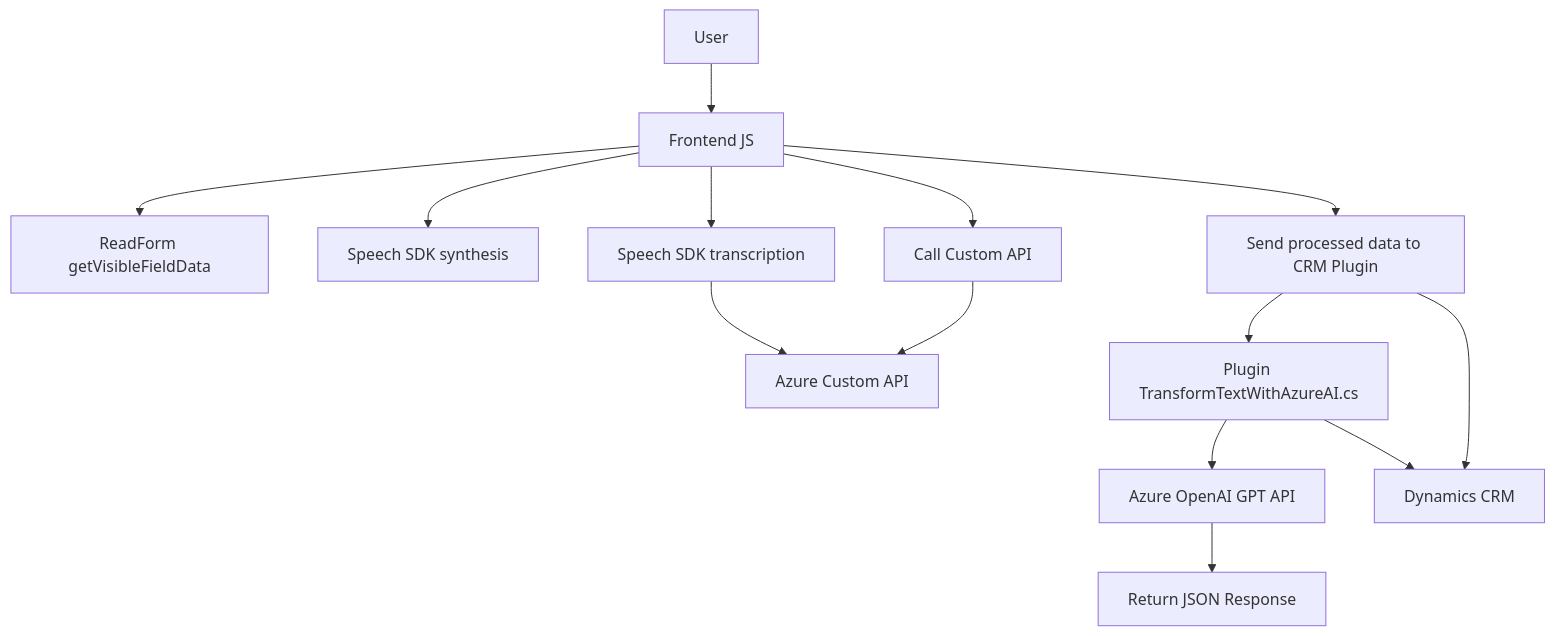
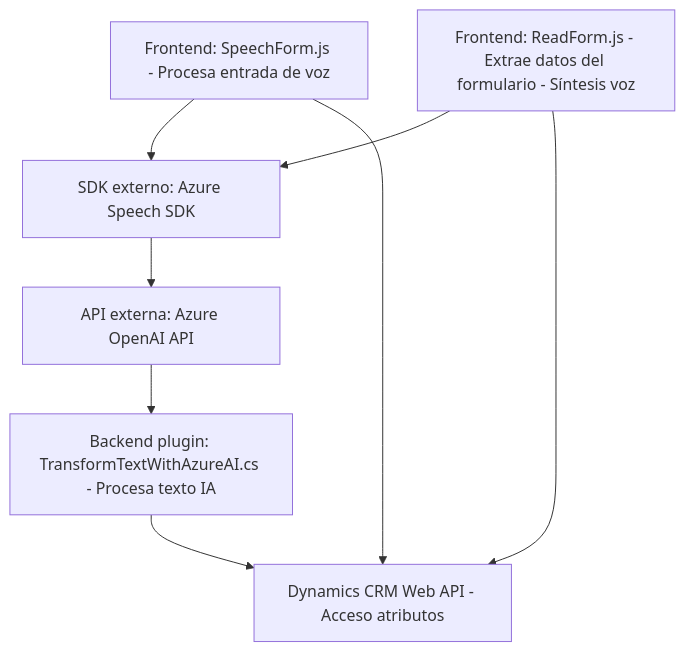
One commit to blopezdm/NETCORE_BILBAO2025 changed the diagram in README.md. Above: the diagram before and after it, drawn with Mermaid. The commit also changed other lines of this file, not shown here.

````diff
--- a/README.md
+++ b/README.md
@@ -49,16 +48,17 @@
 ```mermaid
 graph TD
-    A[User] --> B[Frontend JS]
-    B --> C["ReadForm getVisibleFieldData"]
-    B --> D["Speech SDK synthesis"]
-    B --> E["Speech SDK transcription"]
-    B --> F["Call Custom API"]
-    F --> G["Azure Custom API"]
-    E --> G
-    B --> H["Send processed data to CRM Plugin"]
-    H --> I["Plugin TransformTextWithAzureAI.cs"]
-    I --> J["Azure OpenAI GPT API"]
-    J --> K["Return JSON Response"]
-    H --> L["Dynamics CRM"]
-    I --> L
+    A["Frontend: SpeechForm.js - Procesa entrada de voz"]
+    B["Frontend: ReadForm.js - Extrae datos del formulario - Síntesis voz"]
+    C["SDK externo: Azure Speech SDK"]
+    D["API externa: Azure OpenAI API"]
+    E["Backend plugin: TransformTextWithAzureAI.cs - Procesa texto IA"]
+    F["Dynamics CRM Web API - Acceso atributos"]
+    
+    A --> C
+    B --> C
+    C --> D
+    B --> F
+    A --> F
+    D --> E
+    E --> F
 ```
````
